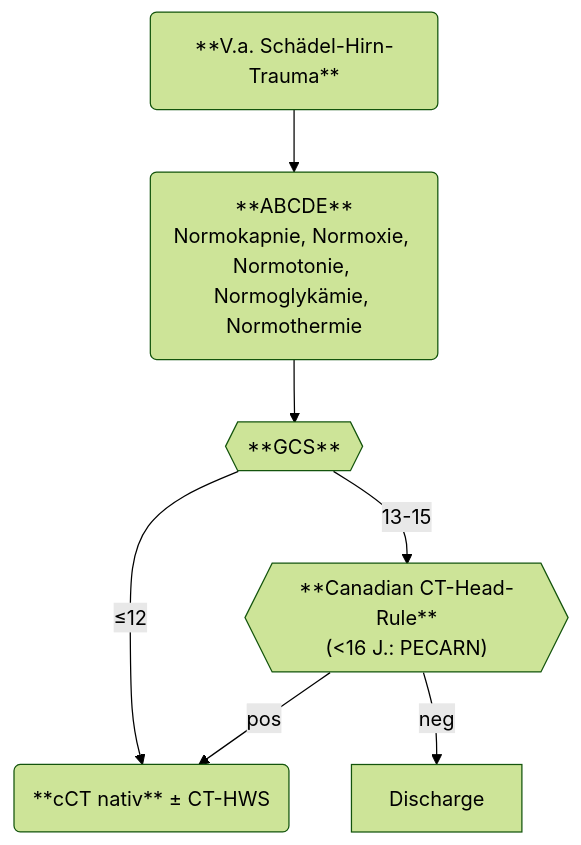
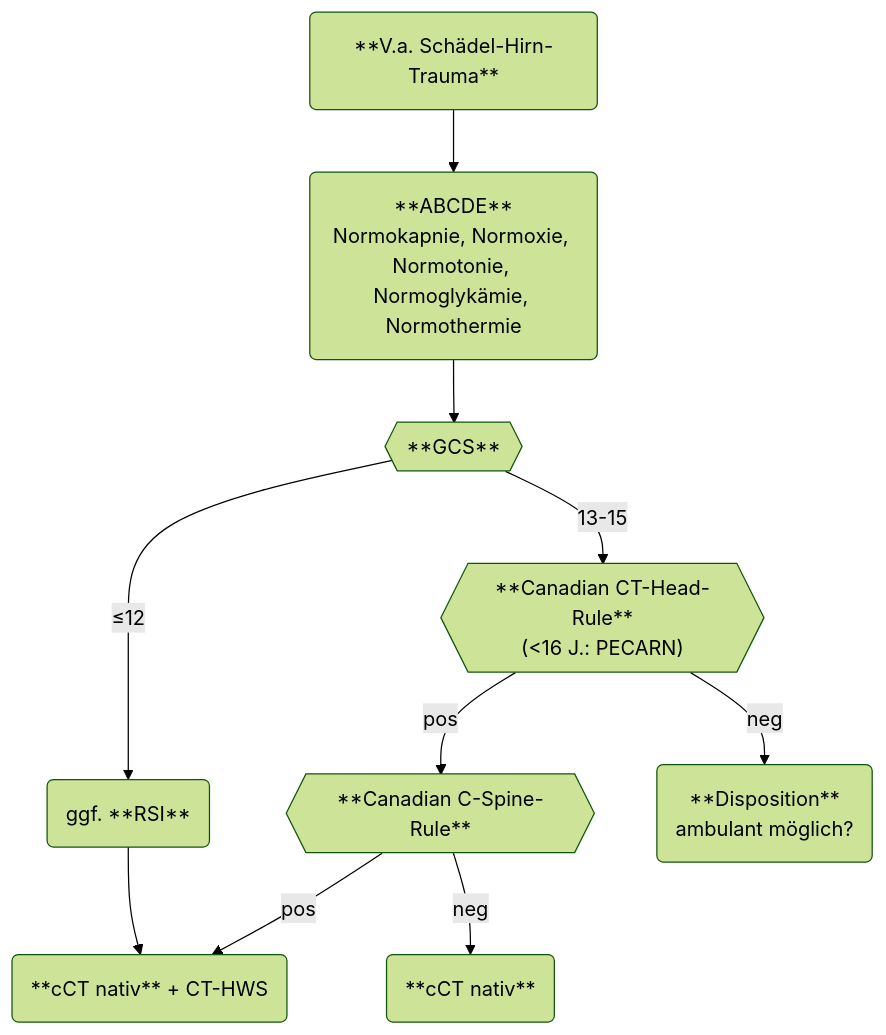
One commit to vncntwbr/notfallbausteine changed the diagram in content/SHT.md. Above: the diagram before and after it, drawn with Mermaid (forest theme).

Commit message:
Quartz sync: Mar 28, 2026, 9:19 PM

````diff
--- a/content/SHT.md
+++ b/content/SHT.md
@@ -18,11 +18,14 @@
 ```mermaid
 flowchart TD
     A("**V.a. Schädel-Hirn-Trauma**"):::mStart --> ABCDE
     ABCDE(**ABCDE**<br>Normokapnie, Normoxie, Normotonie, Normoglykämie, Normothermie) --> GCS{{**GCS**}}:::mCritical
     GCS -->|13-15| C{{"**Canadian CT-Head-Rule**<br>(<16 J.: PECARN)"}}
-    GCS -->|≤12| CT(**cCT nativ** ± CT-HWS)
-    C -->|pos| CT
-    C -->|neg| Discharge
+    GCS -->|≤12| RSI(ggf. **RSI**)
+    RSI --> CT(**cCT nativ** + CT-HWS)
+    C -->|pos| HWS{{**Canadian C-Spine-Rule**}}
+    HWS -->|pos| CT
+    HWS -->|neg| CT2(**cCT nativ**)
+    C -->|neg| Dispo(**Disposition**<br>ambulant möglich?)
     
     click C "https://www.mdcalc.com/calc/608/canadian-ct-head-injury-trauma-rule" _blank
 ```
````
